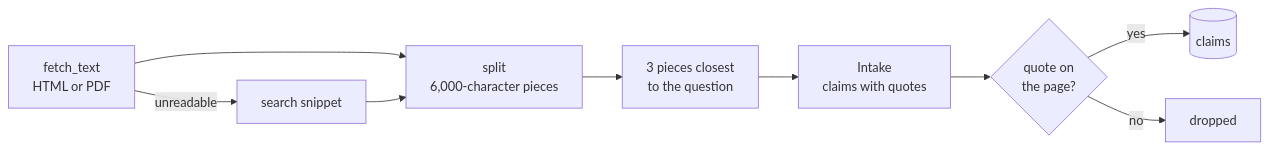
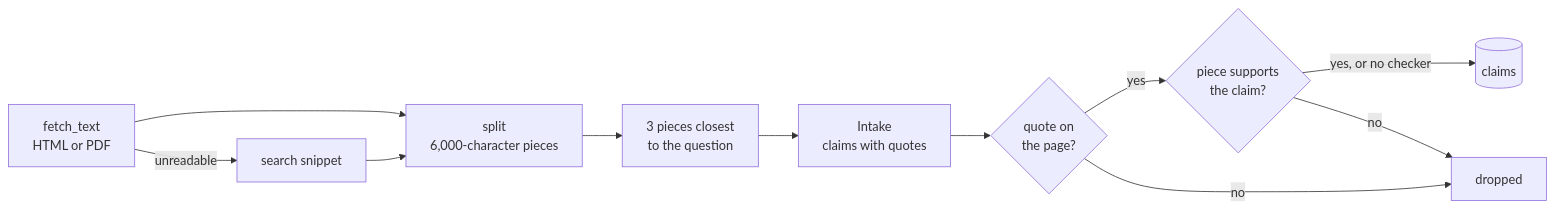
The fourth of 5 diagrams in docs/research.md (brewcoua/kvasir), drawn with Mermaid before and after one commit. The commit also changed other lines of this file and 22 other files, not shown here.

````diff
--- a/docs/research.md
+++ b/docs/research.md
@@ -194,17 +194,20 @@
 ```mermaid
 flowchart LR
     fetch["fetch_text<br/>HTML or PDF"]
     snippet["search snippet"]
     split["split<br/>6,000-character pieces"]
     filter["3 pieces closest<br/>to the question"]
     intake["Intake<br/>claims with quotes"]
     quote{"quote on<br/>the page?"}
+    ground{"piece supports<br/>the claim?"}
     store[("claims")]
     drop["dropped"]
 
     fetch --> split
     fetch -- unreadable --> snippet --> split
     split --> filter --> intake --> quote
-    quote -- yes --> store
+    quote -- yes --> ground
     quote -- no --> drop
+    ground -- yes, or no checker --> store
+    ground -- no --> drop
 ```
````
